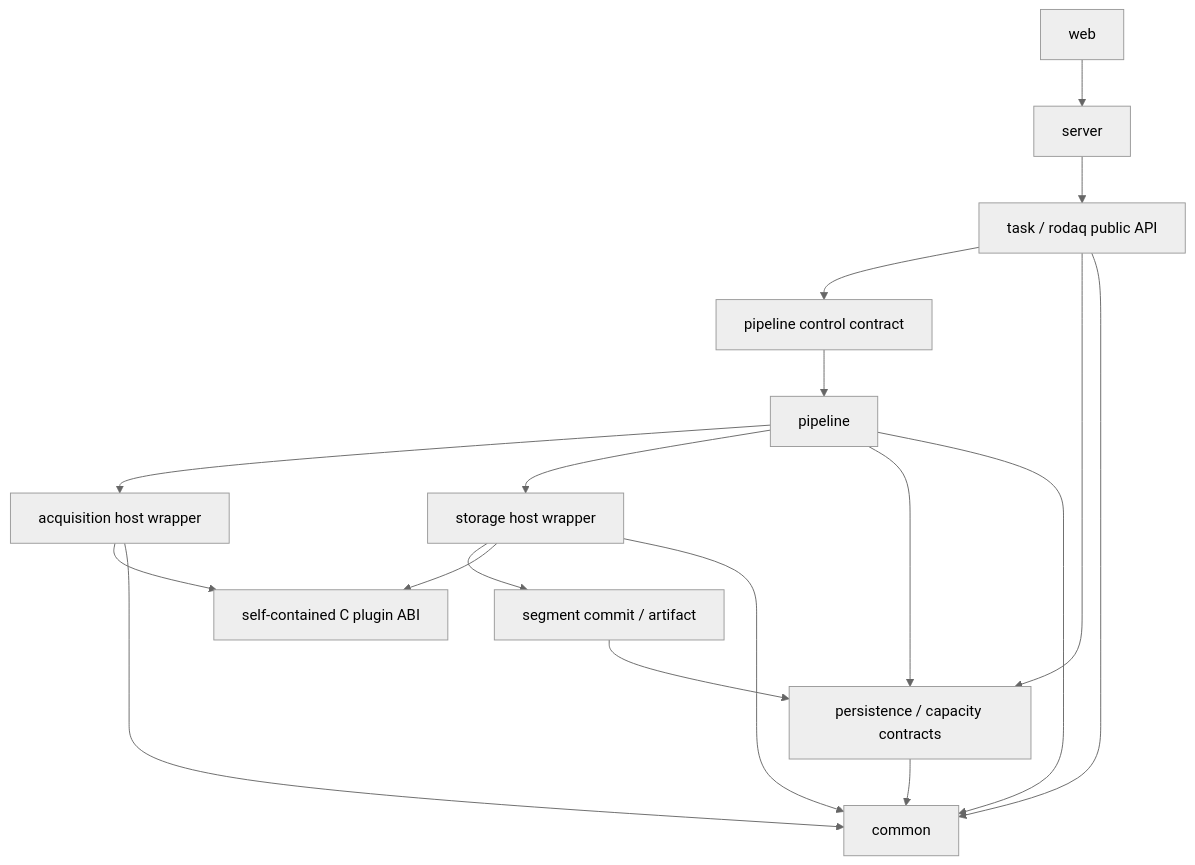
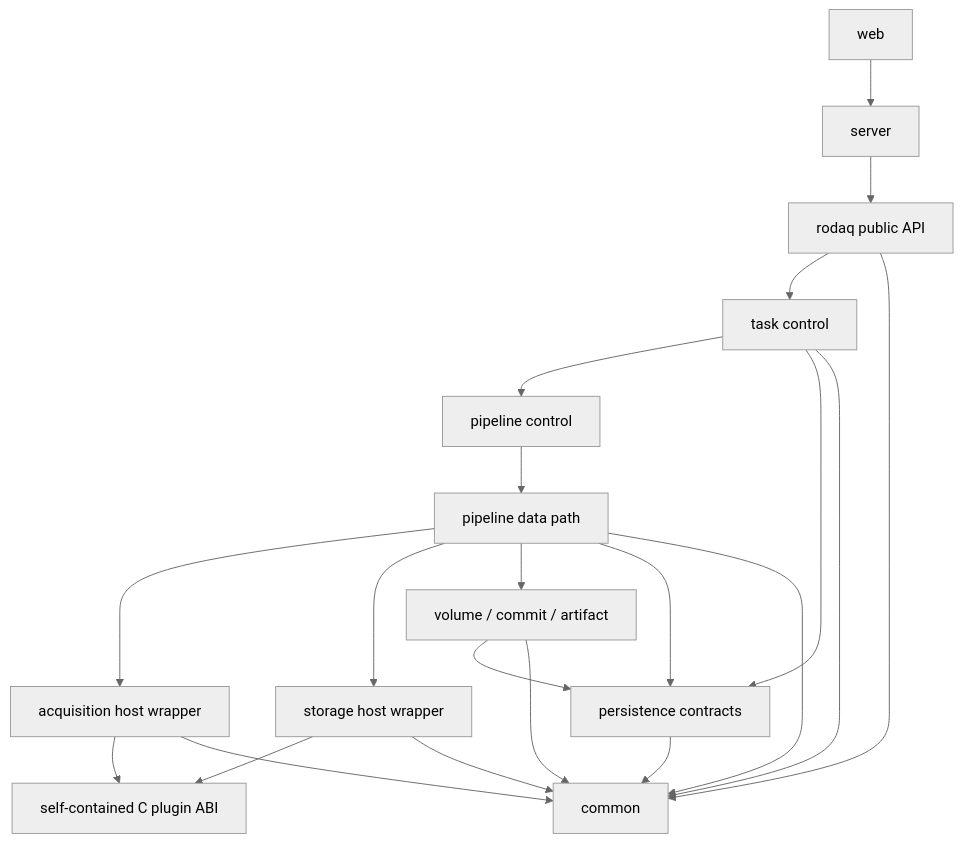
Before and after one commit to SiYueY/rodaq: the fifth of 16 diagrams in docs/design/architecture.md, drawn with Mermaid (neutral theme). The commit also changed other lines of this file and 7 other files, not shown here.

Commit message:
docs: align plugin contracts and add MQTT backend

````diff
--- a/docs/design/architecture.md
+++ b/docs/design/architecture.md
@@ -334,20 +341,23 @@
 ```mermaid
 flowchart TB
     Web["web"] --> Server["server"]
-    Server --> Task["task / rodaq public API"]
-    Task --> PipelineCtl["pipeline control contract"]
-    PipelineCtl --> Pipeline["pipeline"]
-    Pipeline --> Acquisition["acquisition host wrapper"]
-    Pipeline --> Storage["storage host wrapper"]
-    Storage --> Artifact["segment commit / artifact"]
-    Acquisition --> Plugin["self-contained C plugin ABI"]
-    Storage --> Plugin
-    Task --> Persist["persistence / capacity contracts"]
+    Server --> Public["rodaq public API"]
+    Public --> Task["task control"]
+    Task --> PipelineCtl["pipeline control"]
+    PipelineCtl --> Pipeline["pipeline data path"]
+    Pipeline --> AcquisitionHost["acquisition host wrapper"]
+    Pipeline --> StorageHost["storage host wrapper"]
+    Pipeline --> Volume["volume / commit / artifact"]
+    AcquisitionHost --> PluginABI["self-contained C plugin ABI"]
+    StorageHost --> PluginABI
+    Task --> Persist["persistence contracts"]
     Pipeline --> Persist
-    Artifact --> Persist
-    Task --> Common["common"]
+    Volume --> Persist
+    Public --> Common["common"]
+    Task --> Common
     Pipeline --> Common
-    Acquisition --> Common
-    Storage --> Common
+    AcquisitionHost --> Common
+    StorageHost --> Common
+    Volume --> Common
     Persist --> Common
 ```
````
